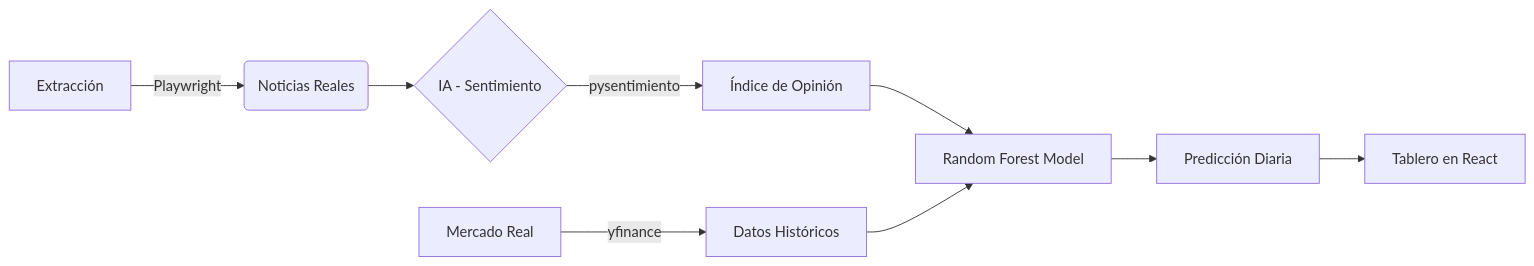
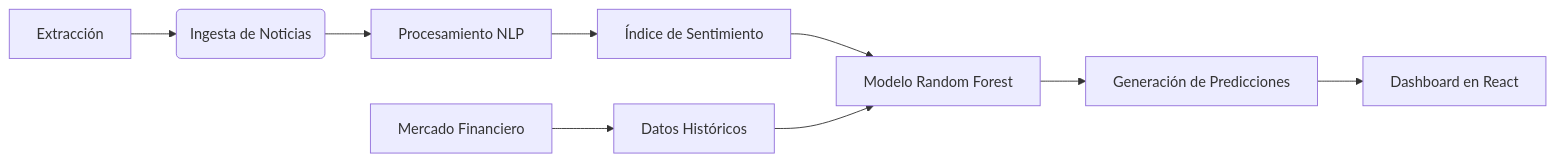
The diagram in README.md (wilmixmerDev/FinSightColombia), drawn with Mermaid before and after one commit. The commit also changed other lines of this file, not shown here.

````diff
--- a/README.md
+++ b/README.md
@@ -13,10 +13,10 @@
 ```mermaid
 graph LR
-    A[Extracción] -->|Playwright| B(Noticias Reales)
-    B --> C{IA - Sentimiento}
-    C -->|pysentimiento| D[Índice de Opinión]
-    E[Mercado Real] -->|yfinance| F[Datos Históricos]
-    D & F --> G[Random Forest Model]
-    G --> H[Predicción Diaria]
-    H --> I[Tablero en React]
+    A[Extracción] --> B(Ingesta de Noticias)
+    B --> C[Procesamiento NLP]
+    C --> D[Índice de Sentimiento]
+    E[Mercado Financiero] --> F[Datos Históricos]
+    D & F --> G[Modelo Random Forest]
+    G --> H[Generación de Predicciones]
+    H --> I[Dashboard en React]
 ```
````
